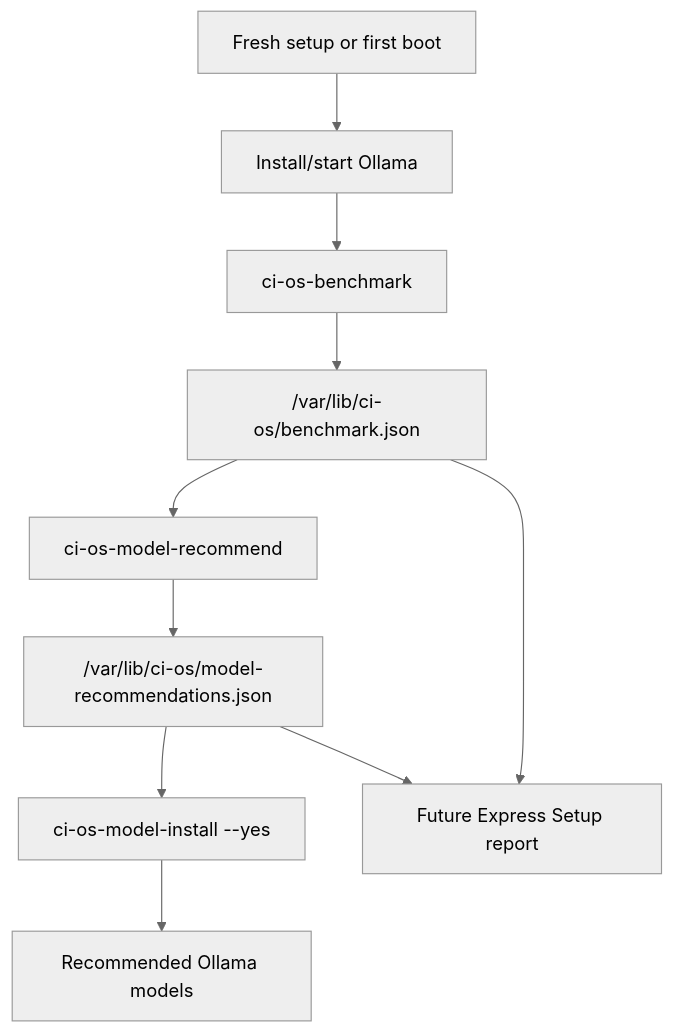
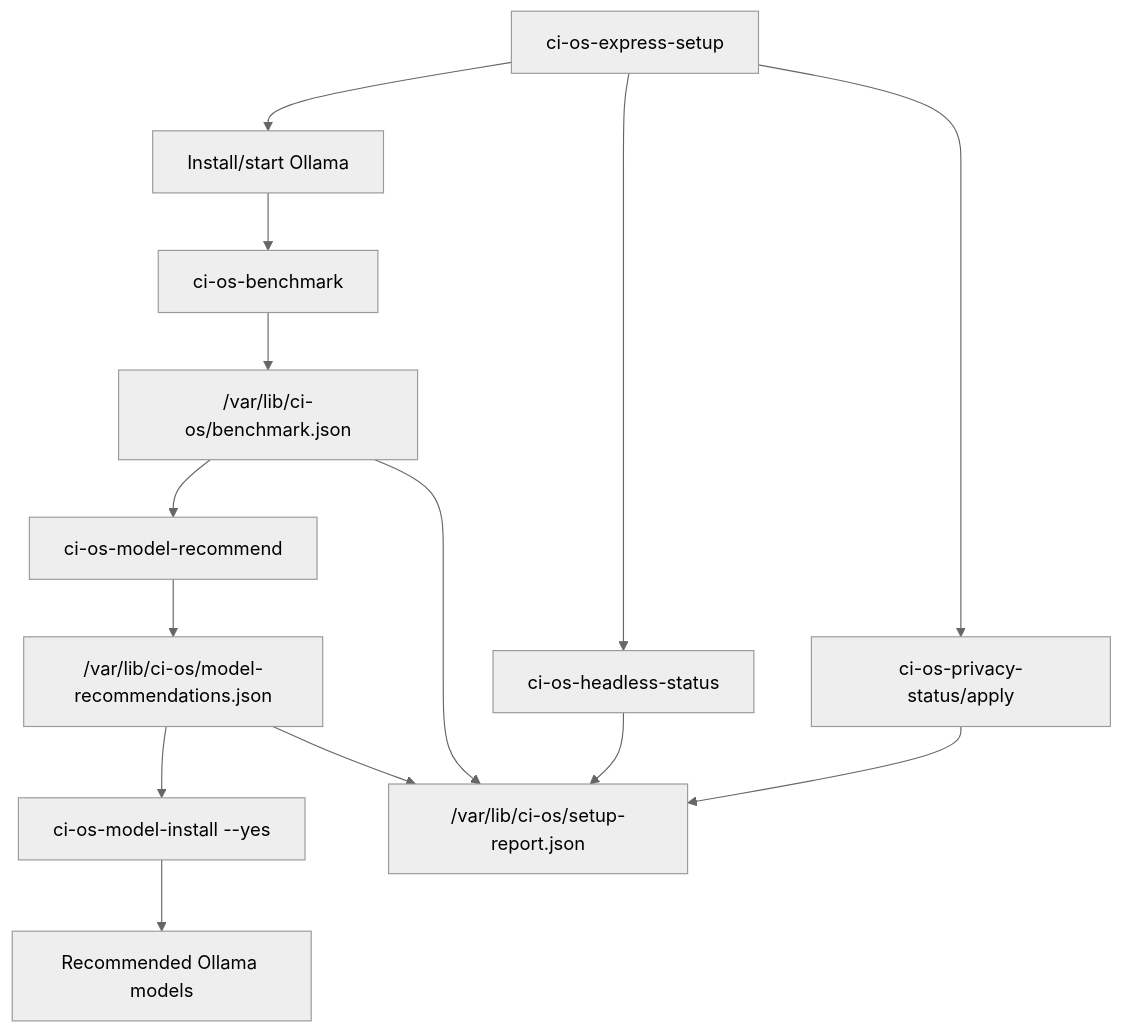
Before and after one commit to companionintelligence/CI-OS: the fifth of 13 diagrams in architecture.MD, drawn with Mermaid (neutral theme). The commit also changed other lines of this file and 6 other files, not shown here.

Commit message:
feat: add express setup and privacy commands

````diff
--- a/architecture.MD
+++ b/architecture.MD
@@ -160,22 +169,28 @@
 ```mermaid
 flowchart TB
-    setup["Fresh setup or first boot"]
+    setup["ci-os-express-setup"]
+    privacy["ci-os-privacy-status/apply"]
     ollama["Install/start Ollama"]
     bench["ci-os-benchmark"]
     facts["/var/lib/ci-os/benchmark.json"]
     recommend["ci-os-model-recommend"]
     recs["/var/lib/ci-os/model-recommendations.json"]
     install["ci-os-model-install --yes"]
     models["Recommended Ollama models"]
-    report["Future Express Setup report"]
+    headless["ci-os-headless-status"]
+    report["/var/lib/ci-os/setup-report.json"]
 
+    setup --> privacy
     setup --> ollama
+    setup --> headless
     ollama --> bench
     bench --> facts
     facts --> recommend
     recommend --> recs
     recs --> install
     install --> models
+    privacy --> report
+    headless --> report
     facts --> report
     recs --> report
 ```
````
